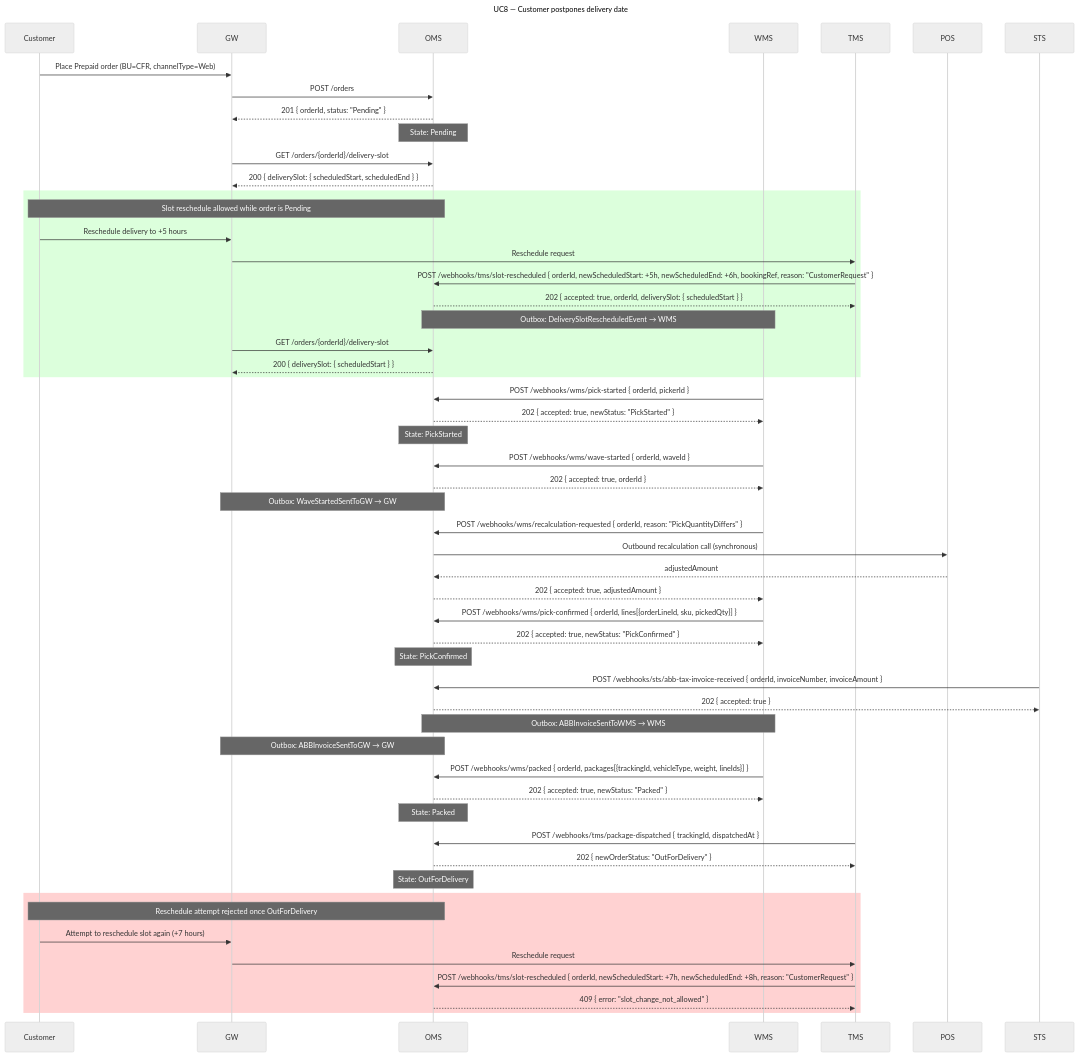
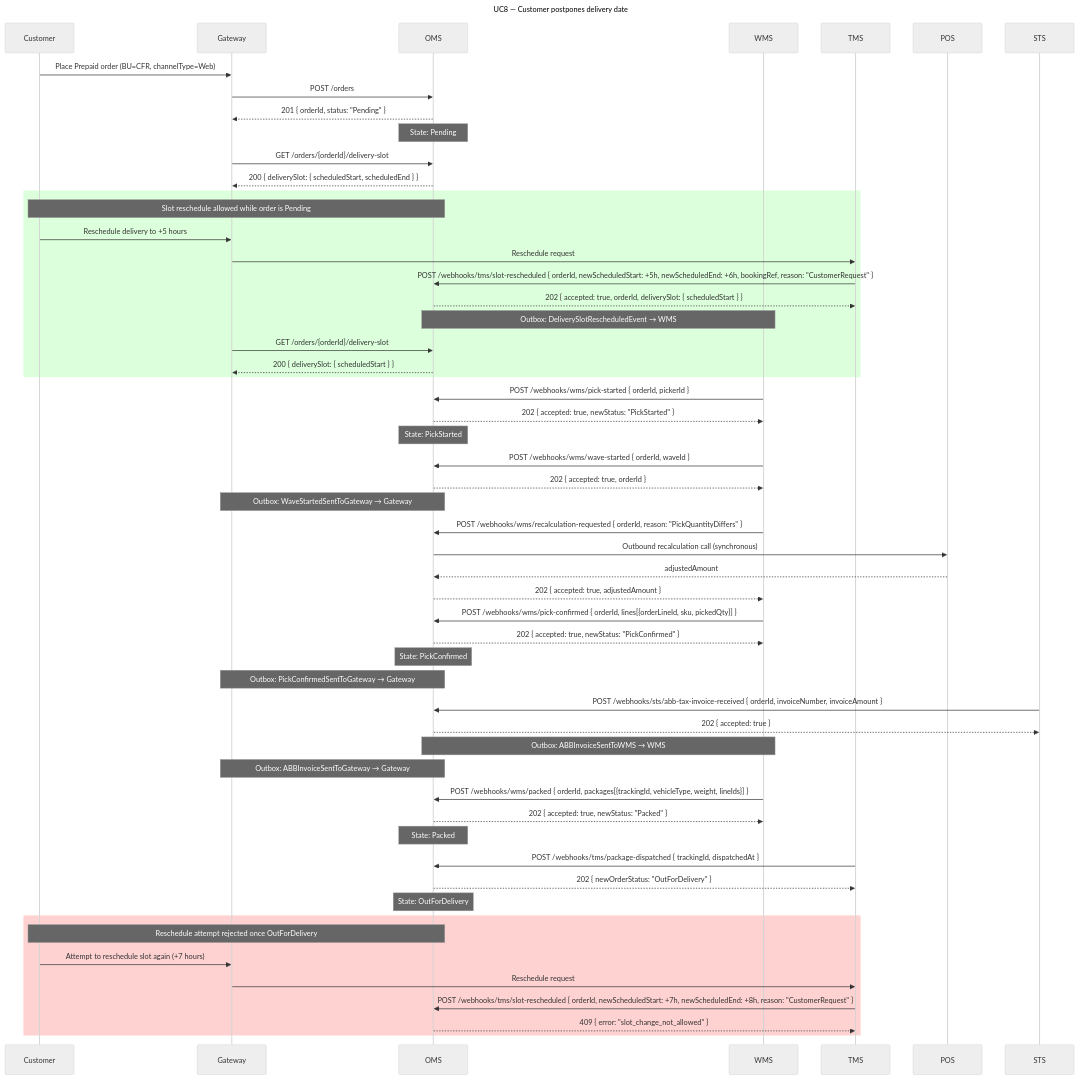
One commit to rosered11/oms-claude changed the eighth of 13 diagrams in docs/oms-e2e-sequence-diagrams.md. Above: the diagram before and after it, drawn with Mermaid (neutral theme). The commit also changed other lines of this file and 48 other files, not shown here.

````diff
--- a/docs/oms-e2e-sequence-diagrams.md
+++ b/docs/oms-e2e-sequence-diagrams.md
@@ -465,70 +455,71 @@
 ```mermaid
 sequenceDiagram
   title: UC8 — Customer postpones delivery date
 
   participant Customer
-  participant GW
+  participant Gateway
   participant OMS
   participant WMS
   participant TMS
   participant POS
   participant STS
 
-  Customer->>GW: Place Prepaid order (BU=CFR, channelType=Web)
-  GW->>OMS: POST /orders
-  OMS-->>GW: 201 { orderId, status: "Pending" }
+  Customer->>Gateway: Place Prepaid order (BU=CFR, channelType=Web)
+  Gateway->>OMS: POST /orders
+  OMS-->>Gateway: 201 { orderId, status: "Pending" }
   Note over OMS: State: Pending
 
-  GW->>OMS: GET /orders/{orderId}/delivery-slot
-  OMS-->>GW: 200 { deliverySlot: { scheduledStart, scheduledEnd } }
+  Gateway->>OMS: GET /orders/{orderId}/delivery-slot
+  OMS-->>Gateway: 200 { deliverySlot: { scheduledStart, scheduledEnd } }
 
   rect rgb(220, 255, 220)
     Note over Customer,OMS: Slot reschedule allowed while order is Pending
-    Customer->>GW: Reschedule delivery to +5 hours
-    GW->>TMS: Reschedule request
+    Customer->>Gateway: Reschedule delivery to +5 hours
+    Gateway->>TMS: Reschedule request
     TMS->>OMS: POST /webhooks/tms/slot-rescheduled { orderId, newScheduledStart: +5h, newScheduledEnd: +6h, bookingRef, reason: "CustomerRequest" }
     OMS-->>TMS: 202 { accepted: true, orderId, deliverySlot: { scheduledStart } }
     Note over OMS,WMS: Outbox: DeliverySlotRescheduledEvent → WMS
 
-    GW->>OMS: GET /orders/{orderId}/delivery-slot
-    OMS-->>GW: 200 { deliverySlot: { scheduledStart } }
+    Gateway->>OMS: GET /orders/{orderId}/delivery-slot
+    OMS-->>Gateway: 200 { deliverySlot: { scheduledStart } }
   end
 
   WMS->>OMS: POST /webhooks/wms/pick-started { orderId, pickerId }
   OMS-->>WMS: 202 { accepted: true, newStatus: "PickStarted" }
   Note over OMS: State: PickStarted
 
   WMS->>OMS: POST /webhooks/wms/wave-started { orderId, waveId }
   OMS-->>WMS: 202 { accepted: true, orderId }
-  Note over OMS,GW: Outbox: WaveStartedSentToGW → GW
+  Note over OMS,Gateway: Outbox: WaveStartedSentToGateway → Gateway
 
   WMS->>OMS: POST /webhooks/wms/recalculation-requested { orderId, reason: "PickQuantityDiffers" }
   OMS->>POS: Outbound recalculation call (synchronous)
   POS-->>OMS: adjustedAmount
   OMS-->>WMS: 202 { accepted: true, adjustedAmount }
 
   WMS->>OMS: POST /webhooks/wms/pick-confirmed { orderId, lines[{orderLineId, sku, pickedQty}] }
   OMS-->>WMS: 202 { accepted: true, newStatus: "PickConfirmed" }
   Note over OMS: State: PickConfirmed
+  Note over OMS,Gateway: Outbox: PickConfirmedSentToGateway → Gateway
 
   STS->>OMS: POST /webhooks/sts/abb-tax-invoice-received { orderId, invoiceNumber, invoiceAmount }
   OMS-->>STS: 202 { accepted: true }
   Note over OMS,WMS: Outbox: ABBInvoiceSentToWMS → WMS
-  Note over OMS,GW: Outbox: ABBInvoiceSentToGW → GW
+  Note over OMS,Gateway: Outbox: ABBInvoiceSentToGateway → Gateway
 
   WMS->>OMS: POST /webhooks/wms/packed { orderId, packages[{trackingId, vehicleType, weight, lineIds}] }
   OMS-->>WMS: 202 { accepted: true, newStatus: "Packed" }
   Note over OMS: State: Packed
 
   TMS->>OMS: POST /webhooks/tms/package-dispatched { trackingId, dispatchedAt }
   OMS-->>TMS: 202 { newOrderStatus: "OutForDelivery" }
   Note over OMS: State: OutForDelivery
 
   rect rgb(255, 210, 210)
     Note over Customer,OMS: Reschedule attempt rejected once OutForDelivery
-    Customer->>GW: Attempt to reschedule slot again (+7 hours)
-    GW->>TMS: Reschedule request
+    Customer->>Gateway: Attempt to reschedule slot again (+7 hours)
+    Gateway->>TMS: Reschedule request
     TMS->>OMS: POST /webhooks/tms/slot-rescheduled { orderId, newScheduledStart: +7h, newScheduledEnd: +8h, reason: "CustomerRequest" }
     OMS-->>TMS: 409 { error: "slot_change_not_allowed" }
   end
 ```
````
